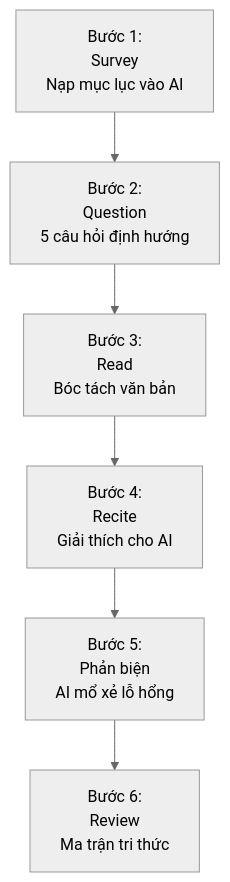
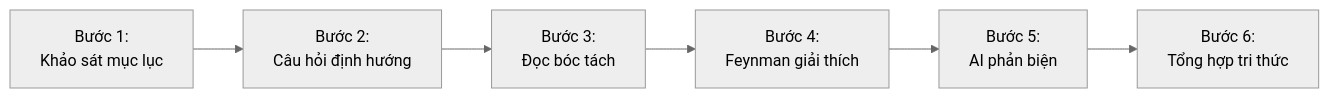
The diagram in content/posts/doc-sach-hoc-thuat-cung-ai.md (nguyengoctin/my_website), drawn with Mermaid (neutral theme) before and after one commit. The commit also changed 32 other files, not shown here.

````diff
--- a/content/posts/doc-sach-hoc-thuat-cung-ai.md
+++ b/content/posts/doc-sach-hoc-thuat-cung-ai.md
@@ -41,14 +41,8 @@
 ```mermaid
-flowchart TD
-    S1["Bước 1:<br/>Survey<br/>Nạp mục lục vào AI"]
-    S2["Bước 2:<br/>Question<br/>5 câu hỏi định hướng"]
-    S3["Bước 3:<br/>Read<br/>Bóc tách văn bản"]
-    F1["Bước 4:<br/>Recite<br/>Giải thích cho AI"]
-    F2["Bước 5:<br/>Phản biện<br/>AI mổ xẻ lỗ hổng"]
-    R1["Bước 6:<br/>Review<br/>Ma trận tri thức"]
-    S1 --> S2
-    S2 --> S3
-    S3 --> F1
-    F1 --> F2
-    F2 --> R1
+flowchart LR
+    S1["Bước 1:<br/>Khảo sát mục lục"] --> S2["Bước 2:<br/>Câu hỏi định hướng"]
+    S2 --> S3["Bước 3:<br/>Đọc bóc tách"]
+    S3 --> F1["Bước 4:<br/>Feynman giải thích"]
+    F1 --> F2["Bước 5:<br/>AI phản biện"]
+    F2 --> R1["Bước 6:<br/>Tổng hợp tri thức"]
 ```
````
